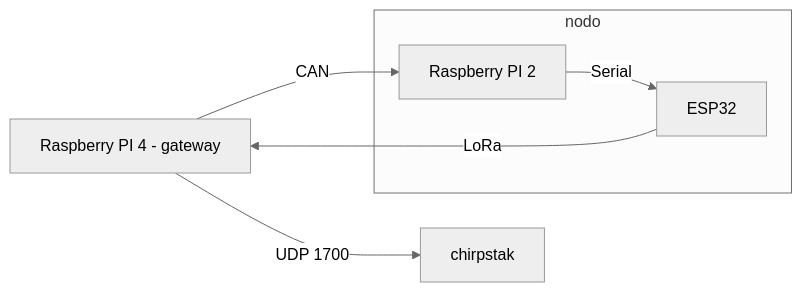
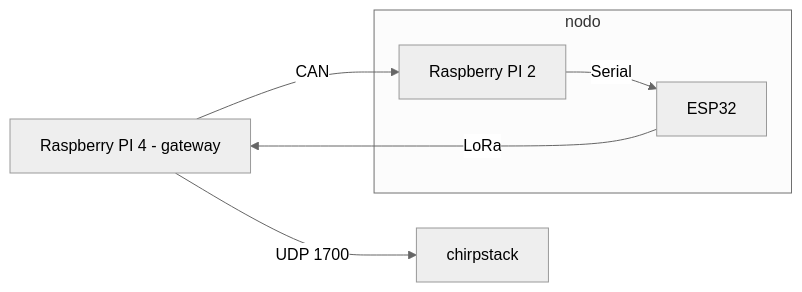
Before and after one commit to monemasrl/irma: the fourth of 4 diagrams in README.md, drawn with Mermaid (neutral theme). The commit also changed other lines of this file, not shown here.

````diff
--- a/README.md
+++ b/README.md
@@ -153,13 +153,13 @@
 ```mermaid
 graph LR;
 rpi4[Raspberry PI 4 - gateway]
 subgraph nodo
   rpi2[Raspberry PI 2]
   esp[ESP32]
 end
 
 rpi2 -- Serial --> esp
 esp -- LoRa --> rpi4
 rpi4 -- CAN --> rpi2
-rpi4 -- UDP 1700 --> chirpstak
+rpi4 -- UDP 1700 --> chirpstack
 ```
````
